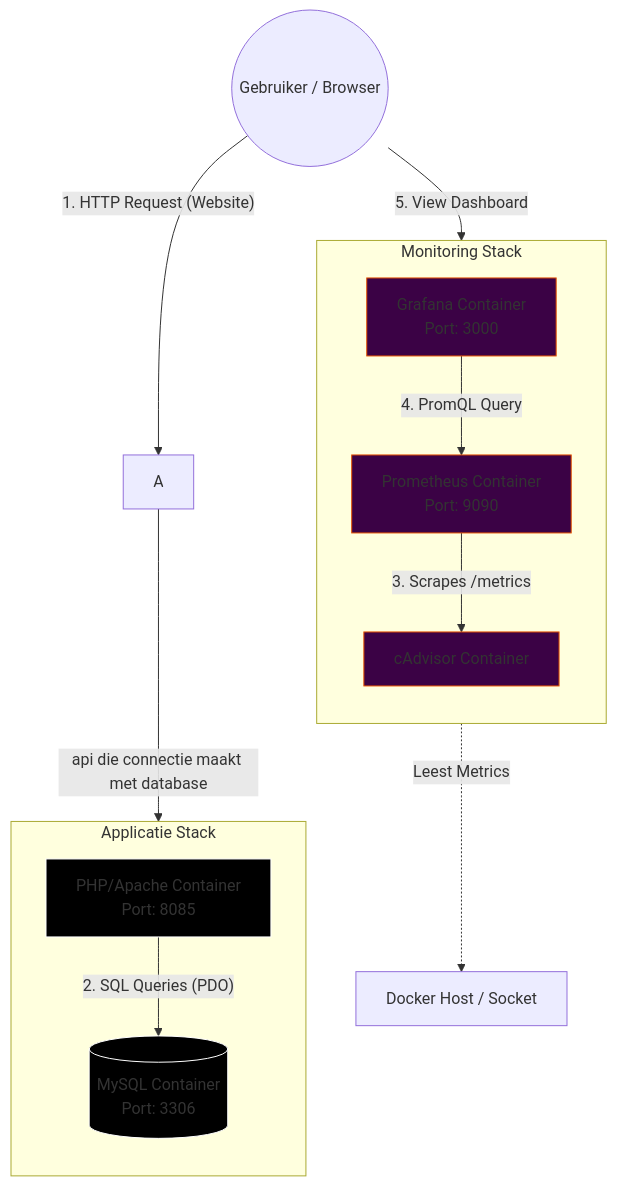
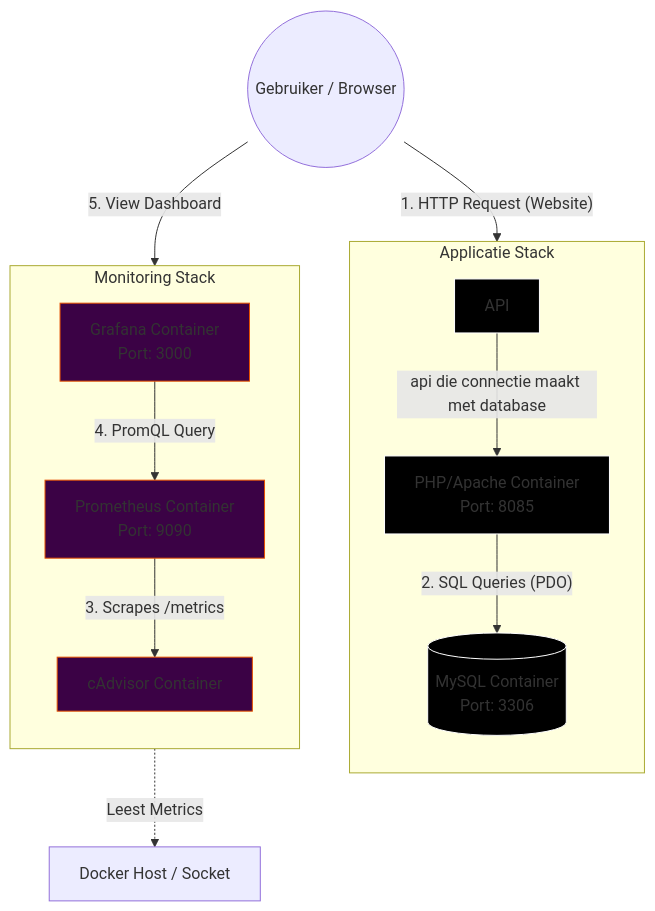
The diagram in documentation.md (oguzhan6/jenkins-test), drawn with Mermaid before and after one commit. The commit also changed other lines of this file, not shown here.

````diff
--- a/documentation.md
+++ b/documentation.md
@@ -8,43 +8,45 @@
 ```mermaid
 graph TD
     %% Definieer de Gebruiker
     User((Gebruiker / Browser))
 
     %% Host Systeem
     Host[Docker Host / Socket]
 
     %% Groepering Applicatie
     subgraph AppStack [Applicatie Stack]
         direction TB
         PHP[PHP/Apache Container<br/>Port: 8085]
+        API[API]
         MySQL[(MySQL Container<br/>Port: 3306)]
     end
 
     %% Groepering Monitoring
     subgraph MonStack [Monitoring Stack]
         direction TB
         cAdvisor[cAdvisor Container]
         Prometheus[Prometheus Container<br/>Port: 9090]
         Grafana[Grafana Container<br/>Port: 3000]
     end
 
     %% Data Flows - Applicatie
-    User -- "1. HTTP Request (Website)" --> A
-    A -- "api die connectie maakt met database" --> PHP
+    User -- "1. HTTP Request (Website)" --> API
+    API -- "api die connectie maakt met database" --> PHP
     PHP -- "2. SQL Queries (PDO)" --> MySQL
 
     %% Data Flows - Monitoring Verzameling
     cAdvisor -. "Leest Metrics" .-> Host
     Prometheus -- "3. Scrapes /metrics" --> cAdvisor
 
     %% Data Flows - Visualisatie
     User -- "5. View Dashboard" --> Grafana
     Grafana -- "4. PromQL Query" --> Prometheus
 
     %% Styling voor duidelijkheid
+    style API fill:#000,stroke:#fff
     style PHP fill:#000,stroke:#fff
     style MySQL fill:#000,stroke:#fff
     style cAdvisor fill:#3b0245,stroke:#e65100
     style Prometheus fill:#3b0245,stroke:#e65100
     style Grafana fill:#3b0245,stroke:#e65100
 ```
````
